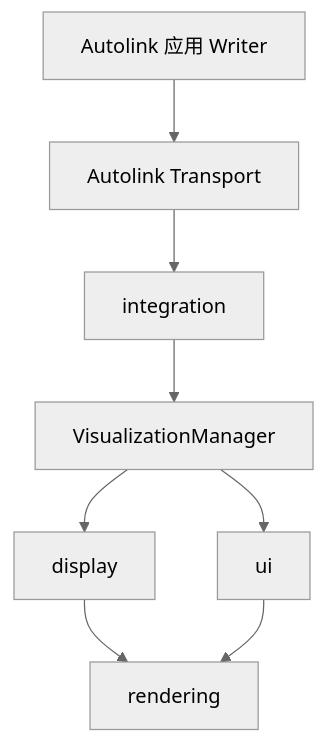
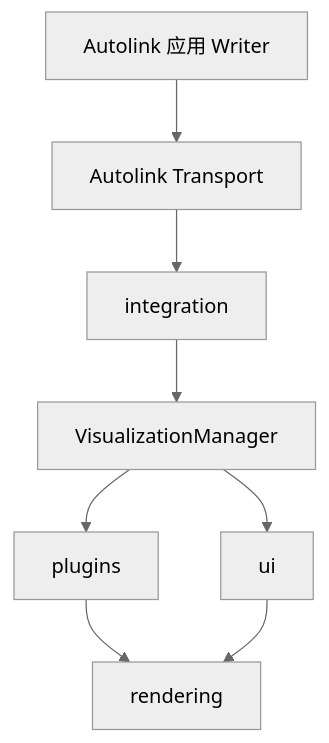
Before and after one commit to quandy2020/autonomy: the first of 2 diagrams in autoviz/docs/architecture/overview.md, drawn with Mermaid (neutral theme). The commit also changed other lines of this file and 353 other files, not shown here.

````diff
--- a/autoviz/docs/architecture/overview.md
+++ b/autoviz/docs/architecture/overview.md
@@ -18,10 +18,10 @@
 ```mermaid
 flowchart TB
   Apps[Autolink 应用 Writer] --> AL[Autolink Transport]
   AL --> INT[integration]
   INT --> VM[VisualizationManager]
-  VM --> DISP[display]
+  VM --> DISP[plugins]
   VM --> UI[ui]
   DISP --> REND[rendering]
   UI --> REND
 ```
````
